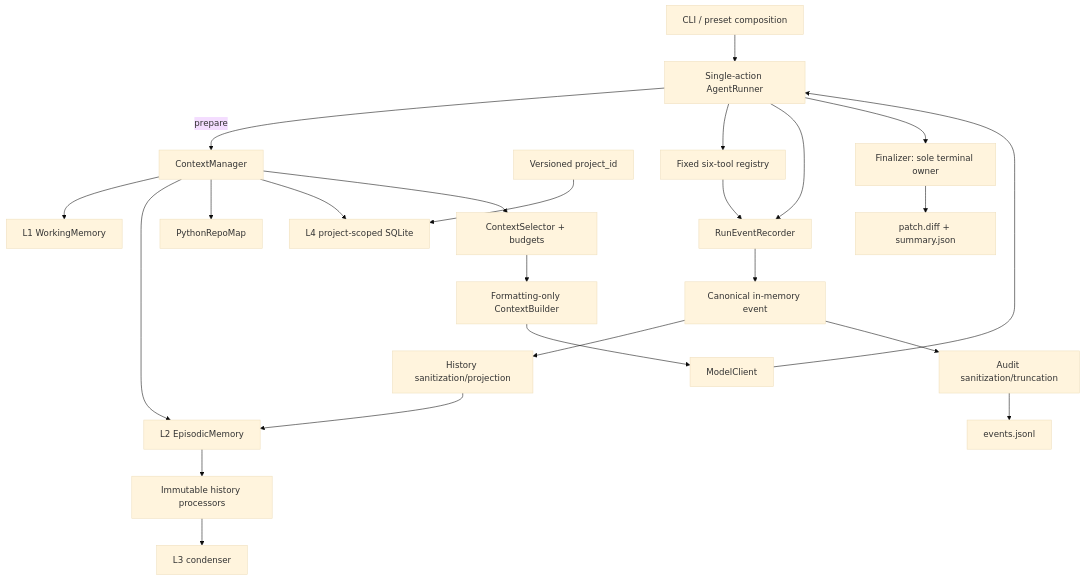
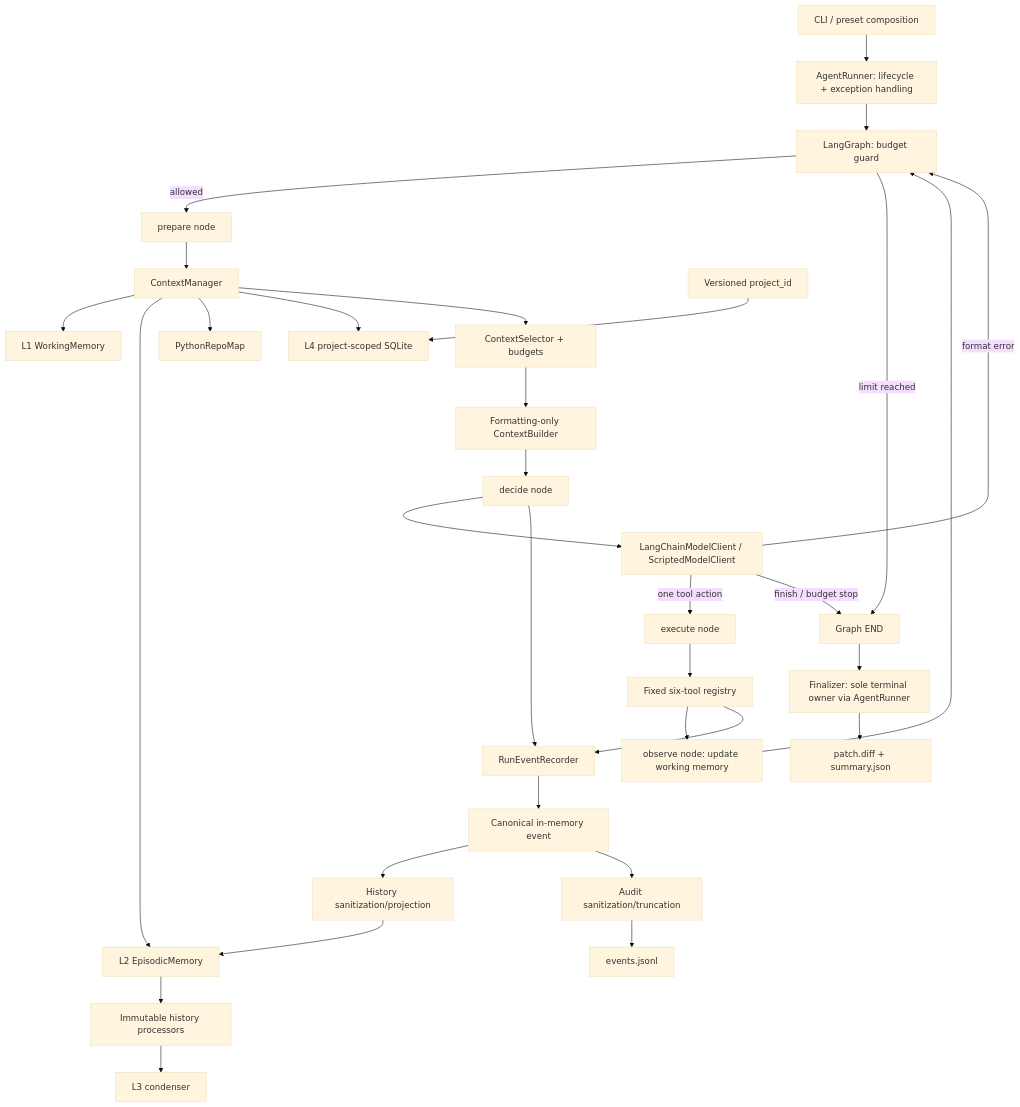
The diagram in README.md (yzy703050-oss/resume-coding-agent), drawn with Mermaid (base theme) before and after one commit. The commit also changed other lines of this file and 37 other files, not shown here.

````diff
--- a/README.md
+++ b/README.md
@@ -17,26 +17,34 @@
 ```mermaid
 flowchart TD
-    CLI["CLI / preset composition"] --> RUNNER["Single-action AgentRunner"]
-    RUNNER -->|prepare| CM["ContextManager"]
+    CLI["CLI / preset composition"] --> RUNNER["AgentRunner: lifecycle + exception handling"]
+    RUNNER --> GUARD["LangGraph: budget guard"]
+    GUARD -->|allowed| PREPARE["prepare node"]
+    PREPARE --> CM["ContextManager"]
     CM --> WM["L1 WorkingMemory"]
     CM --> EP["L2 EpisodicMemory"]
     EP --> PIPE["Immutable history processors"]
     PIPE --> COND["L3 condenser"]
     CM --> REPO["PythonRepoMap"]
     CM --> STORE["L4 project-scoped SQLite"]
     ID["Versioned project_id"] --> STORE
     CM --> SELECT["ContextSelector + budgets"]
     SELECT --> BUILD["Formatting-only ContextBuilder"]
-    BUILD --> MODEL["ModelClient"]
-    MODEL --> RUNNER
-    RUNNER --> TOOLS["Fixed six-tool registry"]
+    BUILD --> DECIDE["decide node"]
+    DECIDE --> MODEL["LangChainModelClient / ScriptedModelClient"]
+    MODEL -->|one tool action| EXECUTE["execute node"]
+    MODEL -->|format error| GUARD
+    MODEL -->|finish / budget stop| DONE["Graph END"]
+    GUARD -->|limit reached| DONE
+    EXECUTE --> TOOLS["Fixed six-tool registry"]
+    TOOLS --> OBSERVE["observe node: update working memory"]
+    OBSERVE --> GUARD
     TOOLS --> REC["RunEventRecorder"]
-    RUNNER --> REC
+    DECIDE --> REC
     REC --> CANON["Canonical in-memory event"]
     CANON --> HISTORY["History sanitization/projection"]
     HISTORY --> EP
     CANON --> AUDIT["Audit sanitization/truncation"]
     AUDIT --> JSONL["events.jsonl"]
-    RUNNER --> FINAL["Finalizer: sole terminal owner"]
+    DONE --> FINAL["Finalizer: sole terminal owner via AgentRunner"]
     FINAL --> PATCH["patch.diff + summary.json"]
 ```
````
